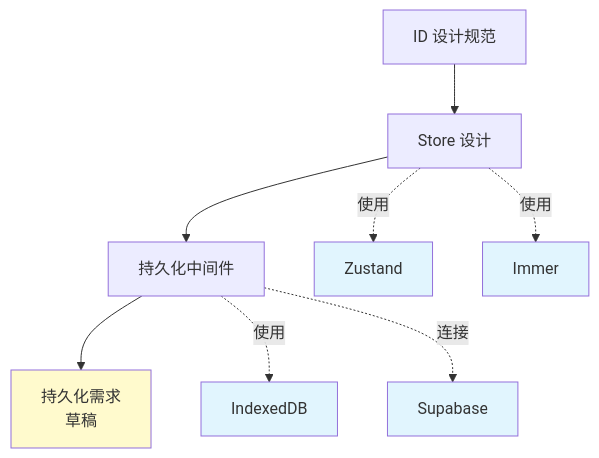
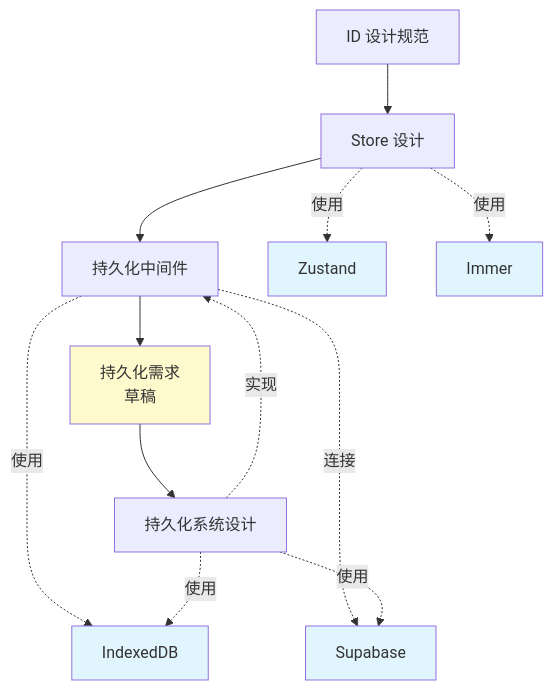
Before and after one commit to colin-han/spider-mind-v2: the diagram in docs/design/INDEX.md, drawn with Mermaid. The commit also changed other lines of this file, not shown here.

````diff
--- a/docs/design/INDEX.md
+++ b/docs/design/INDEX.md
@@ -48,17 +58,21 @@
 ```mermaid
 graph TD
     A[ID 设计规范] --> B[Store 设计]
     B --> C[持久化中间件]
     C --> D[持久化需求<br/>草稿]
+    D --> I[持久化系统设计]
 
     B -.->|使用| E[Zustand]
     B -.->|使用| F[Immer]
     C -.->|使用| G[IndexedDB]
     C -.->|连接| H[Supabase]
+    I -.->|使用| G
+    I -.->|使用| H
+    I -.->|实现| C
 
     style D fill:#fffacd
     style E fill:#e1f5fe
     style F fill:#e1f5fe
     style G fill:#e1f5fe
     style H fill:#e1f5fe
 ```
````
